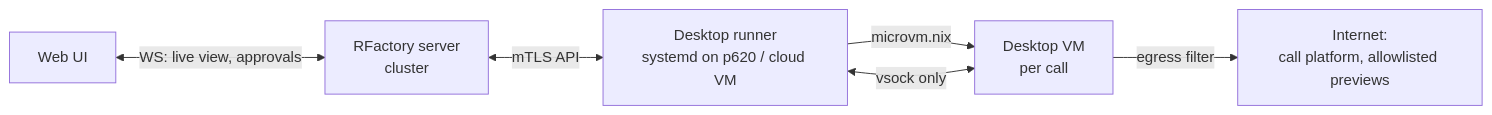
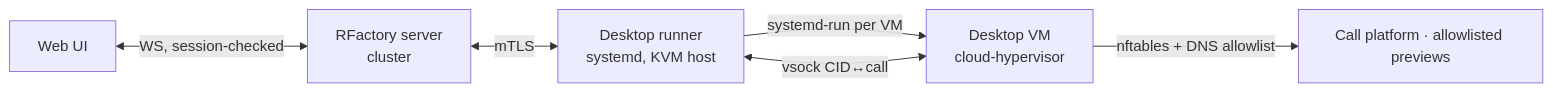
Before and after one commit to olafkfreund/RFactory: the diagram in spec/2026-11-17-3-agent-workspace.md, drawn with Mermaid. The commit also changed other lines of this file, not shown here.

````diff
--- a/spec/2026-11-17-3-agent-workspace.md
+++ b/spec/2026-11-17-3-agent-workspace.md
@@ -35,8 +56,8 @@
 ```mermaid
 flowchart LR
-  UI[Web UI] <-->|WS: live view, approvals| SRV[RFactory server<br/>cluster]
-  SRV <-->|mTLS API| RUN[Desktop runner<br/>systemd on p620 / cloud VM]
-  RUN -->|microvm.nix| VM1[Desktop VM<br/>per call]
-  RUN <-->|vsock only| VM1
-  VM1 -->|egress filter| NET[Internet:<br/>call platform, allowlisted previews]
+  UI[Web UI] <-->|WS, session-checked| SRV[RFactory server<br/>cluster]
+  SRV <-->|mTLS| RUN[Desktop runner<br/>systemd, KVM host]
+  RUN -->|systemd-run per VM| VM1[Desktop VM<br/>cloud-hypervisor]
+  RUN <-->|vsock CID↔call| VM1
+  VM1 -->|nftables + DNS allowlist| NET[Call platform · allowlisted previews]
 ```
````
